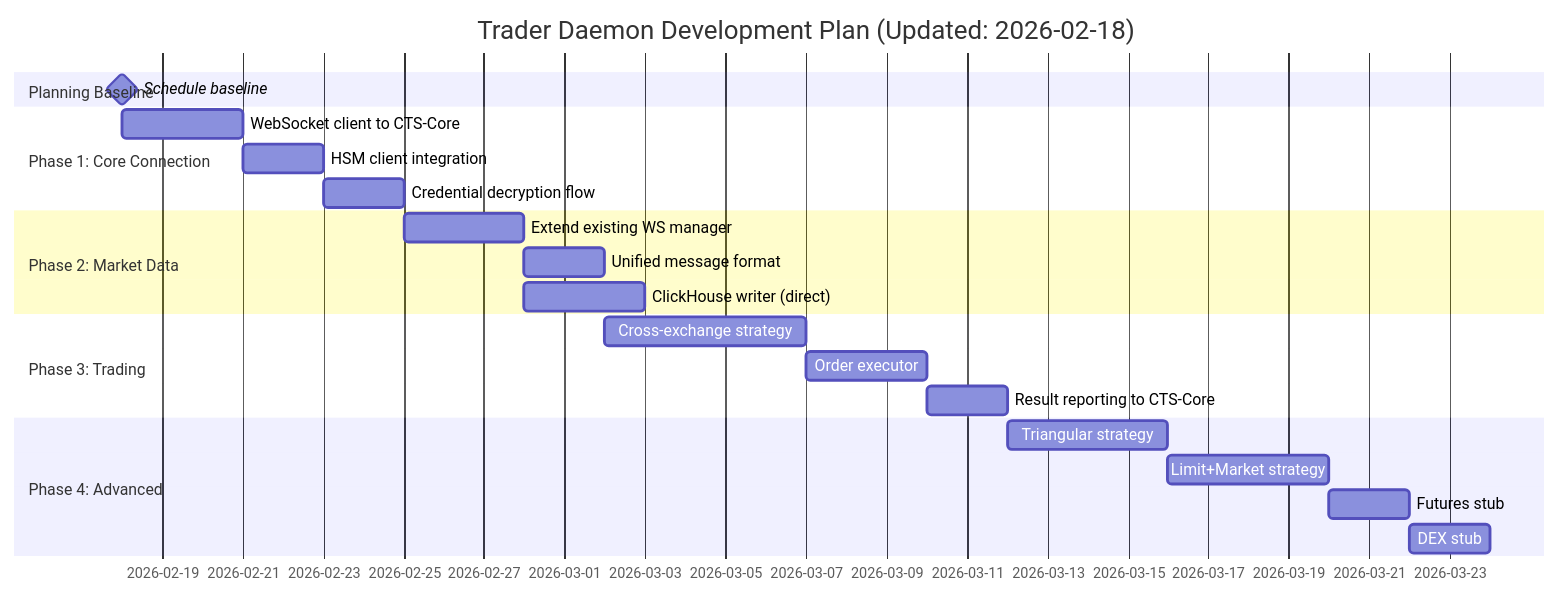
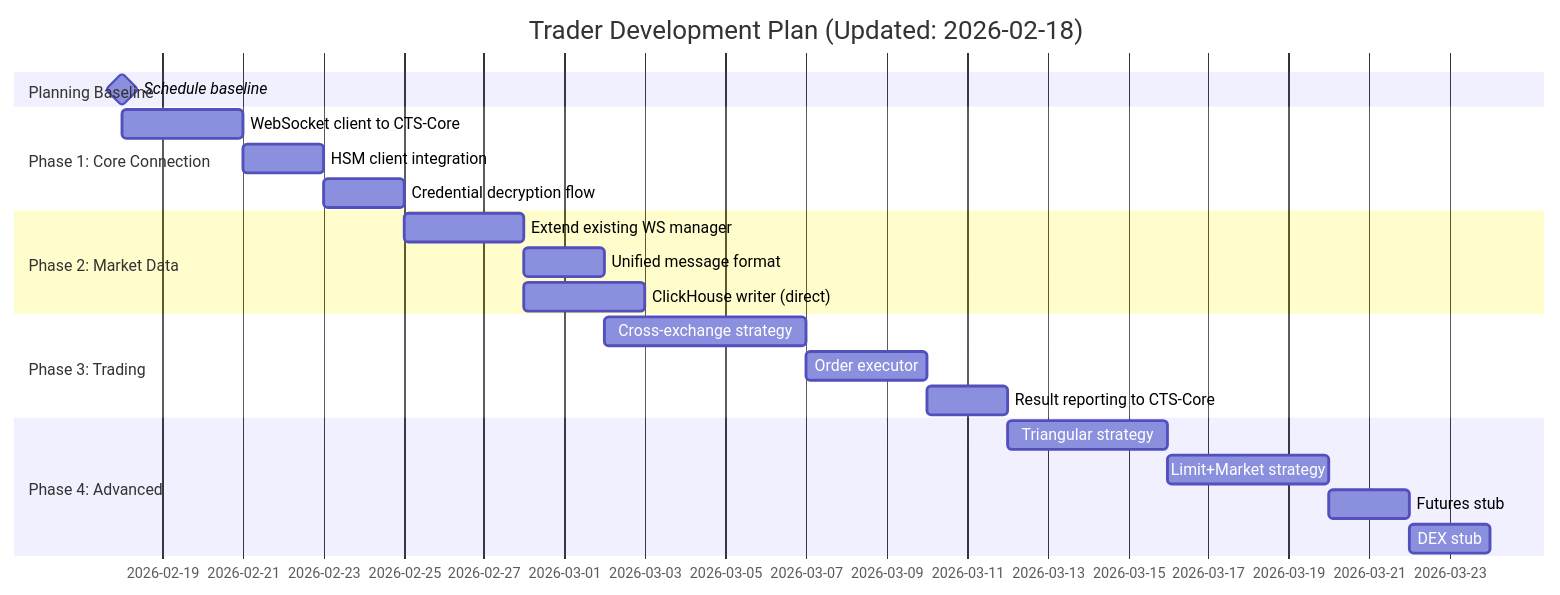
The second of 3 diagrams in DEVELOPMENT_PLAN.md (titaev-lv/cts-core), drawn with Mermaid before and after one commit. The commit also changed other lines of this file and 8 other files, not shown here.

````diff
--- a/DEVELOPMENT_PLAN.md
+++ b/DEVELOPMENT_PLAN.md
@@ -67,28 +67,28 @@
 ```mermaid
 gantt
-    title Trader Daemon Development Plan (Updated: 2026-02-18)
+    title Trader Development Plan (Updated: 2026-02-18)
     dateFormat  YYYY-MM-DD
     section Planning Baseline
     Schedule baseline                 :milestone, t0, 2026-02-18, 0d
     
     section Phase 1: Core Connection
     WebSocket client to CTS-Core      :t1a, after t0, 3d
     HSM client integration            :t1b, after t1a, 2d
     Credential decryption flow        :t1c, after t1b, 2d
     
     section Phase 2: Market Data
     Extend existing WS manager        :t2a, after t1c, 3d
     Unified message format            :t2b, after t2a, 2d
     ClickHouse writer (direct)        :t2c, after t2a, 3d
     
     section Phase 3: Trading
     Cross-exchange strategy           :t3a, after t2b, 5d
     Order executor                    :t3b, after t3a, 3d
     Result reporting to CTS-Core      :t3c, after t3b, 2d
     
     section Phase 4: Advanced
     Triangular strategy               :t4a, after t3c, 4d
     Limit+Market strategy             :t4b, after t4a, 4d
     Futures stub                      :t4c, after t4b, 2d
     DEX stub                          :t4d, after t4c, 2d
 ```
````
